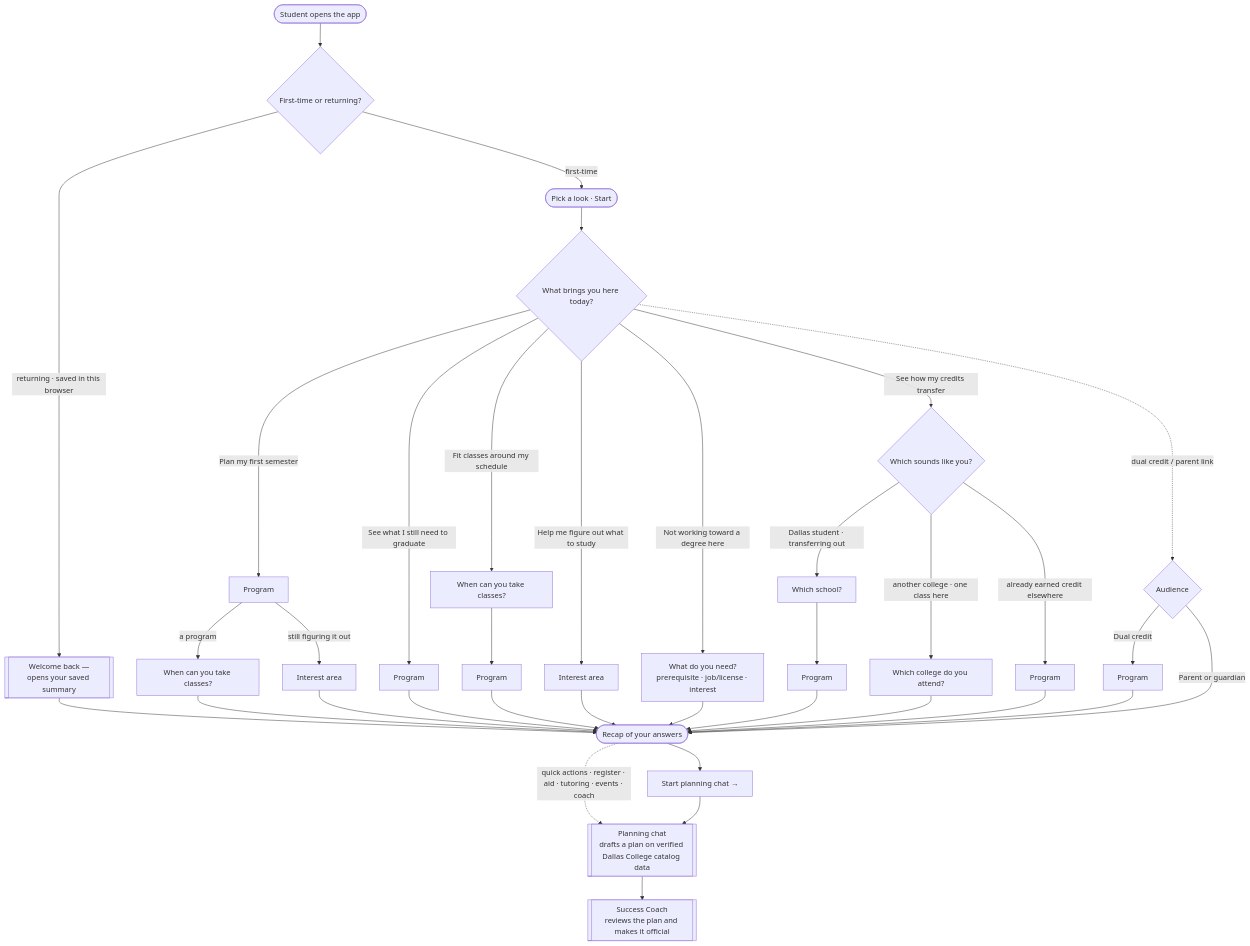
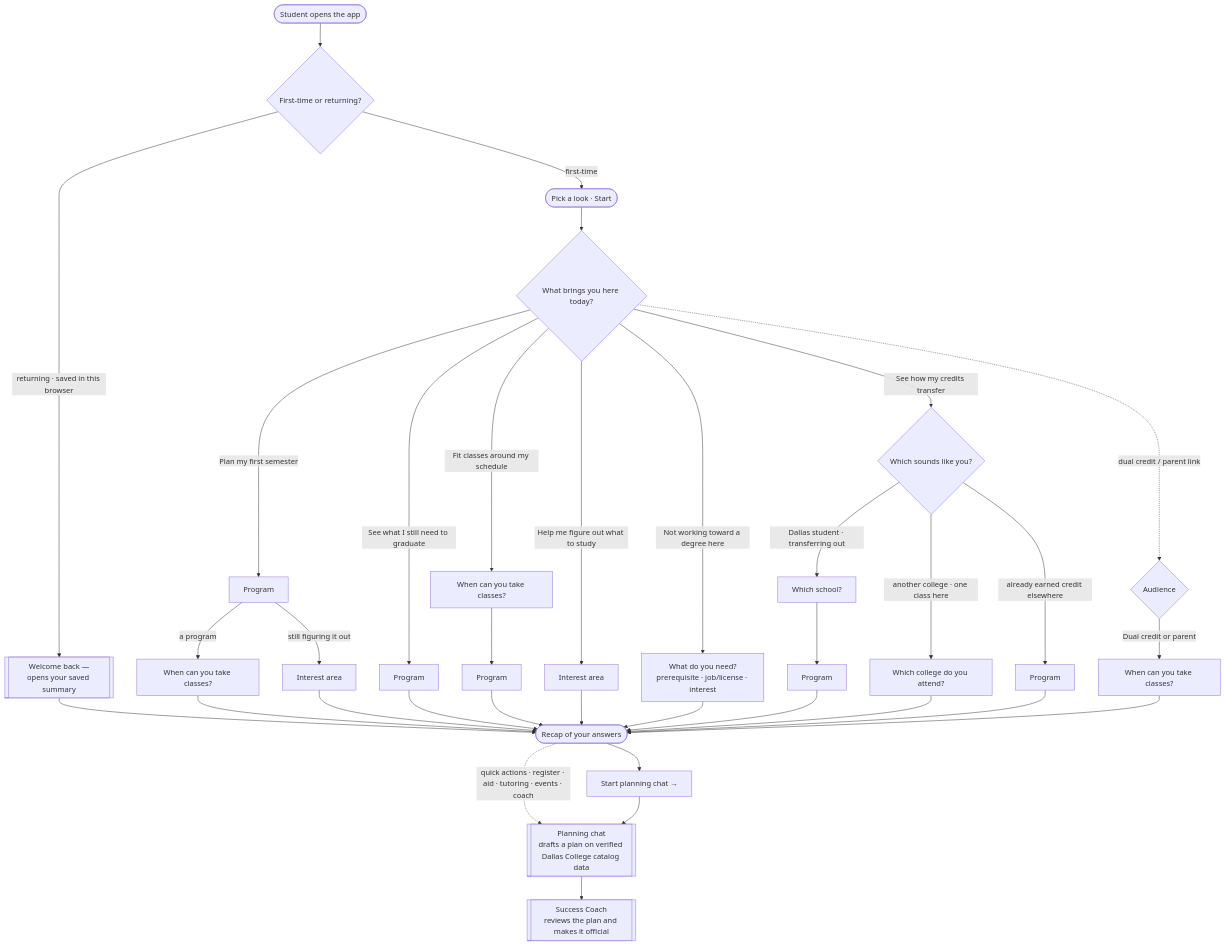
Before and after one commit to Dallas-College-AI-Club/success-coach-chatbot: the diagram in docs/LANDING_ONBOARDING_UIUX.md, drawn with Mermaid. The commit also changed other lines of this file and 6 other files, not shown here.

First line of the commit message:
feat: one schedule-only path for dual-credit + parent; US spelling (#52)

````diff
--- a/docs/LANDING_ONBOARDING_UIUX.md
+++ b/docs/LANDING_ONBOARDING_UIUX.md
@@ -74,33 +74,32 @@
 ```mermaid
 flowchart TD
     S([Student opens the app]) --> F{First-time or returning?}
     F -->|"returning · saved in this browser"| R[["Welcome back —<br/>opens your saved summary"]] --> E
     F -->|first-time| W([Pick a look · Start]) --> Q{"What brings you here today?"}
 
     Q -->|Plan my first semester| A1[Program]
     Q -->|See what I still need to graduate| A2[Program]
     Q -->|See how my credits transfer| D{"Which sounds like you?"}
     Q -->|Fit classes around my schedule| SC[When can you take classes?]
     Q -->|Help me figure out what to study| IN[Interest area]
     Q -->|Not working toward a degree here| ON["What do you need?<br/>prerequisite · job/license · interest"]
     Q -. "dual credit / parent link" .-> AU{Audience}
 
     A1 -->|a program| A1s[When can you take classes?] --> E
     A1 -->|still figuring it out| A1i[Interest area] --> E
     A2 --> E
     SC --> SCp[Program] --> E
     IN --> E
     ON --> E
 
     D -->|"Dallas student · transferring out"| Do[Which school?] --> Dop[Program] --> E
     D -->|"another college · one class here"| Db[Which college do you attend?] --> E
     D -->|"already earned credit elsewhere"| Di[Program] --> E
 
-    AU -->|Dual credit| AUp[Program] --> E
-    AU -->|Parent or guardian| E
+    AU -->|Dual credit or parent| AUs[When can you take classes?] --> E
 
     E([Recap of your answers]) --> H["Start planning chat →"]
     E -. "quick actions · register · aid · tutoring · events · coach" .-> C
     H --> C[["Planning chat<br/>drafts a plan on verified Dallas College catalog data"]]
     C --> V[["Success Coach<br/>reviews the plan and makes it official"]]
 ```
````
